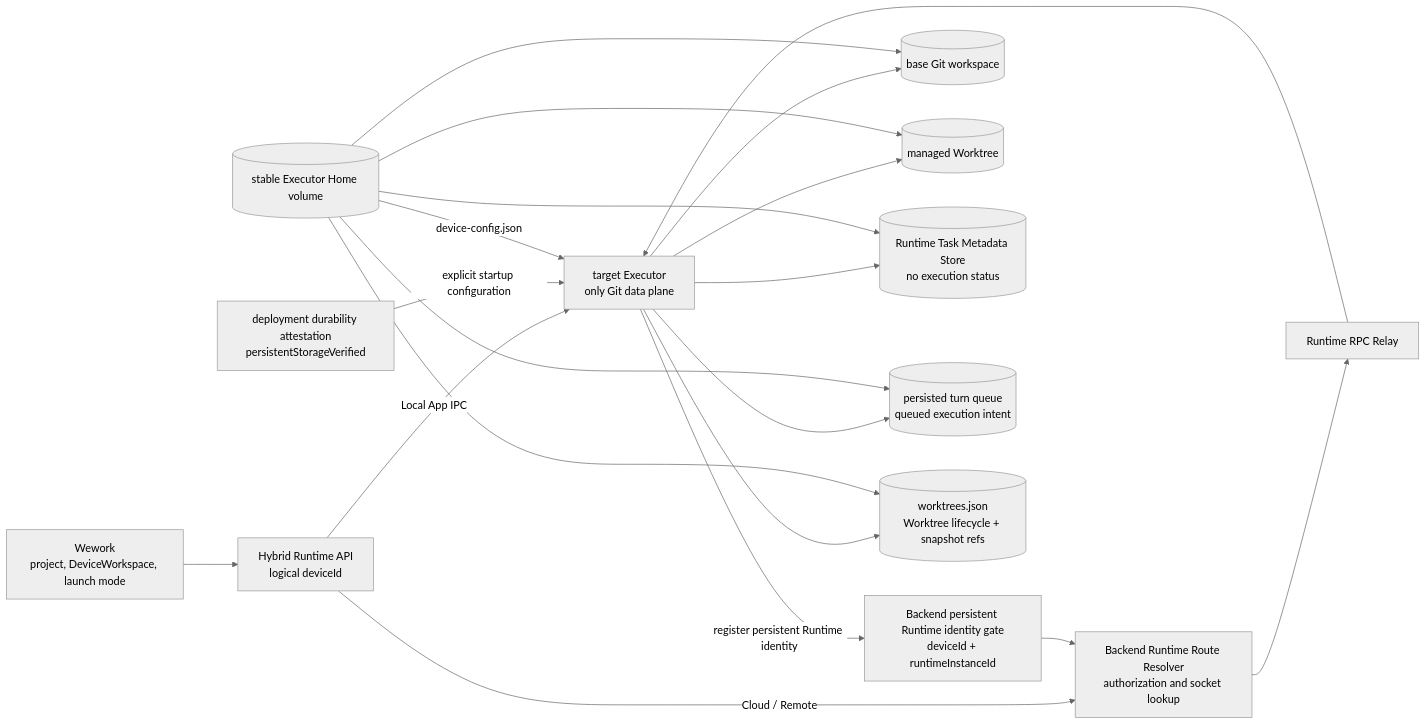
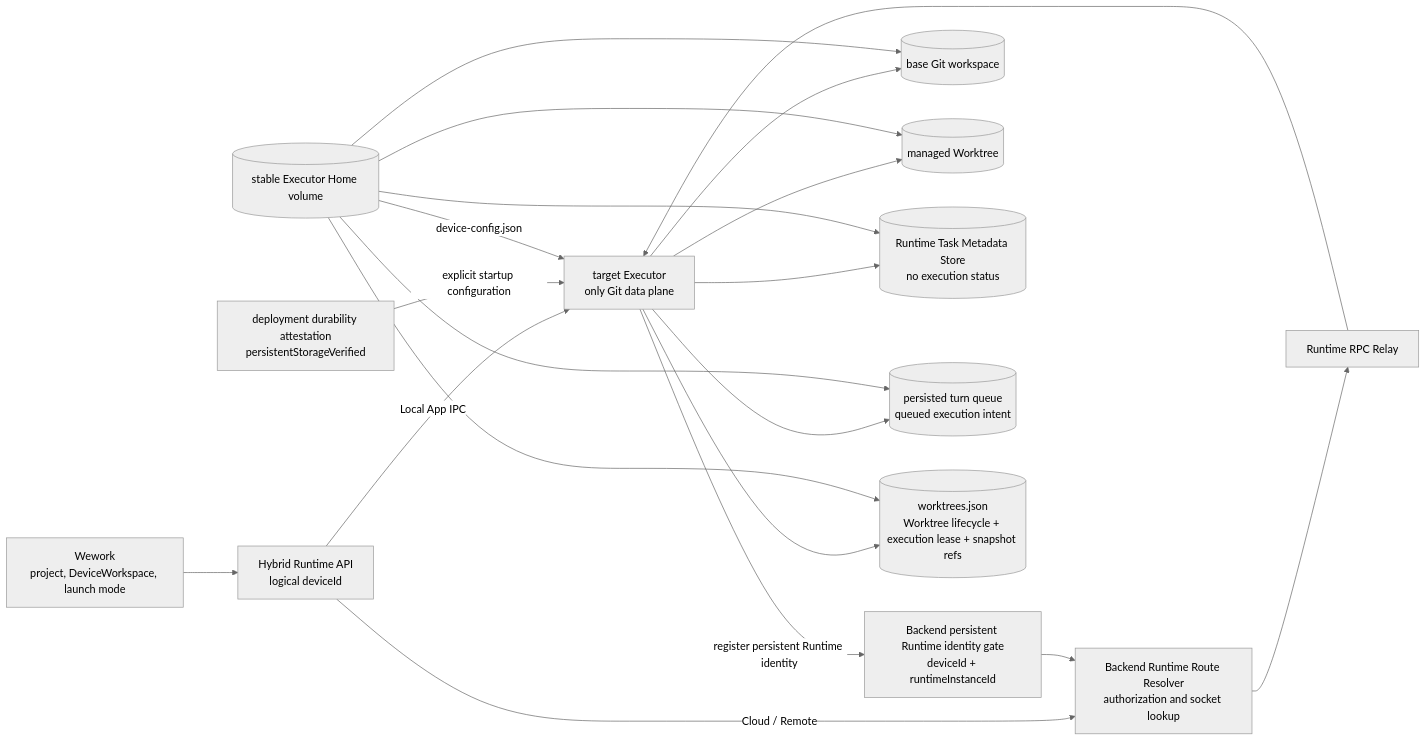
One commit to wecode-ai/Wegent changed the first of 4 diagrams in docs/en/architecture/git-worktree-execution.md. Above: the diagram before and after it, drawn with Mermaid (neutral theme). The commit also changed other lines of this file and 8 other files, not shown here.

````diff
--- a/docs/en/architecture/git-worktree-execution.md
+++ b/docs/en/architecture/git-worktree-execution.md
@@ -9,36 +9,36 @@
 ```mermaid
 flowchart LR
     UI[Wework<br/>project, DeviceWorkspace, launch mode]
     HYBRID[Hybrid Runtime API<br/>logical deviceId]
     IDENTITY[Backend persistent Runtime identity gate<br/>deviceId + runtimeInstanceId]
     ROUTE[Backend Runtime Route Resolver<br/>authorization and socket lookup]
     RPC[Runtime RPC Relay]
     EXECUTOR[target Executor<br/>only Git data plane]
     REPO[(base Git workspace)]
     WORKTREE[(managed Worktree)]
     STATE[(Runtime Task Metadata Store<br/>no execution status)]
     EXECUTION[(persisted turn queue<br/>queued execution intent)]
-    WORKTREE_STATE[(worktrees.json<br/>Worktree lifecycle + snapshot refs)]
+    WORKTREE_STATE[(worktrees.json<br/>Worktree lifecycle + execution lease + snapshot refs)]
     VOLUME[(stable Executor Home volume)]
     ATTEST[deployment durability attestation<br/>persistentStorageVerified]
 
     UI --> HYBRID
     HYBRID -->|Local App IPC| EXECUTOR
     HYBRID -->|Cloud / Remote| ROUTE
     EXECUTOR -->|register persistent Runtime identity| IDENTITY
     IDENTITY --> ROUTE
     ROUTE --> RPC
     RPC --> EXECUTOR
     EXECUTOR --> REPO
     EXECUTOR --> WORKTREE
     EXECUTOR --> STATE
     EXECUTOR --> EXECUTION
     EXECUTOR --> WORKTREE_STATE
     ATTEST -->|explicit startup configuration| EXECUTOR
     VOLUME --> REPO
     VOLUME --> WORKTREE
     VOLUME --> STATE
     VOLUME --> EXECUTION
     VOLUME --> WORKTREE_STATE
     VOLUME -->|device-config.json| EXECUTOR
 ```
````
